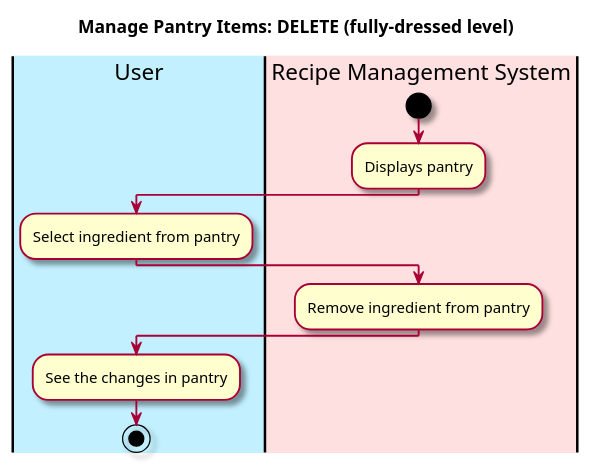
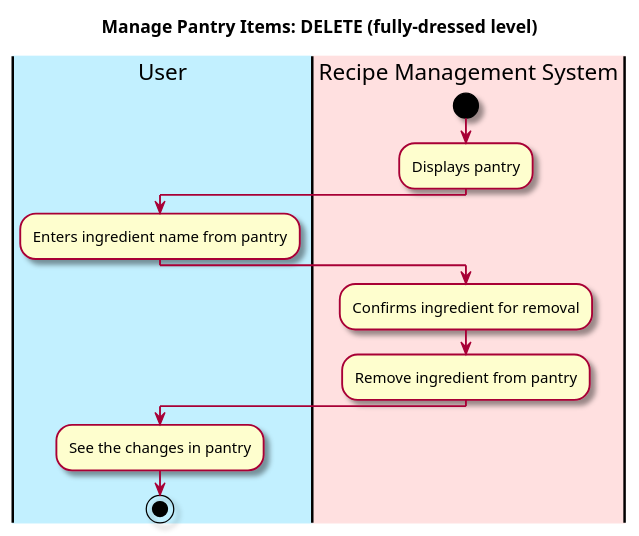
The second of 8 diagrams in intellij/doc/use-cases/manage_pantry.md (berthashipper/Pantry-Pal-Android-Application), drawn with PlantUML before and after one commit. The commit also changed other lines of this file and 11 other files, not shown here.

Commit message:
Updated sequence diagrams and workflows to reflect real code

````diff
--- a/intellij/doc/use-cases/manage_pantry.md
+++ b/intellij/doc/use-cases/manage_pantry.md
@@ -70,26 +56,24 @@
 ```plantuml
 @startuml
-
 skin rose
 
 title  Manage Pantry Items: DELETE (fully-dressed level)
 
 'define the lanes
 |#application|User|
 |#implementation|Recipe Management System|
 
 |Recipe Management System|
 start
 :Displays pantry;
 |User|
-:Select ingredient from pantry;
+:Enters ingredient name from pantry;
 |Recipe Management System|
-
+:Confirms ingredient for removal;
 :Remove ingredient from pantry;
-
 |User|
 :See the changes in pantry;
-
 stop
 @enduml
+
 ```
````
